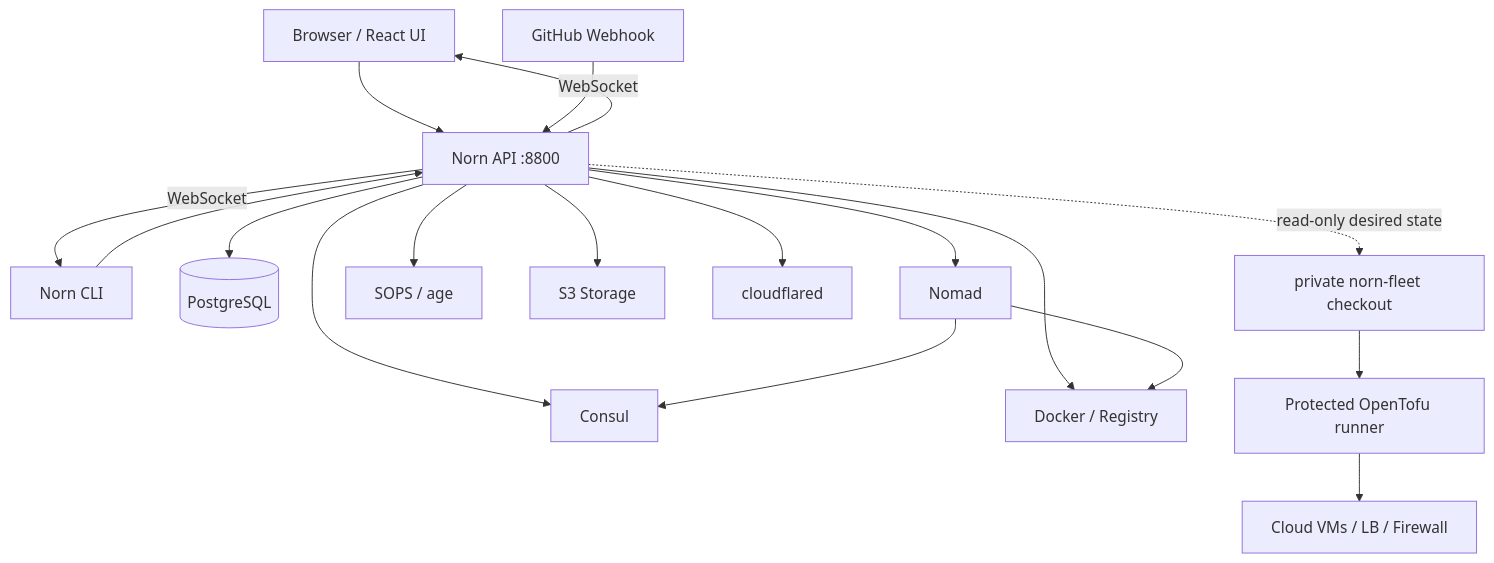
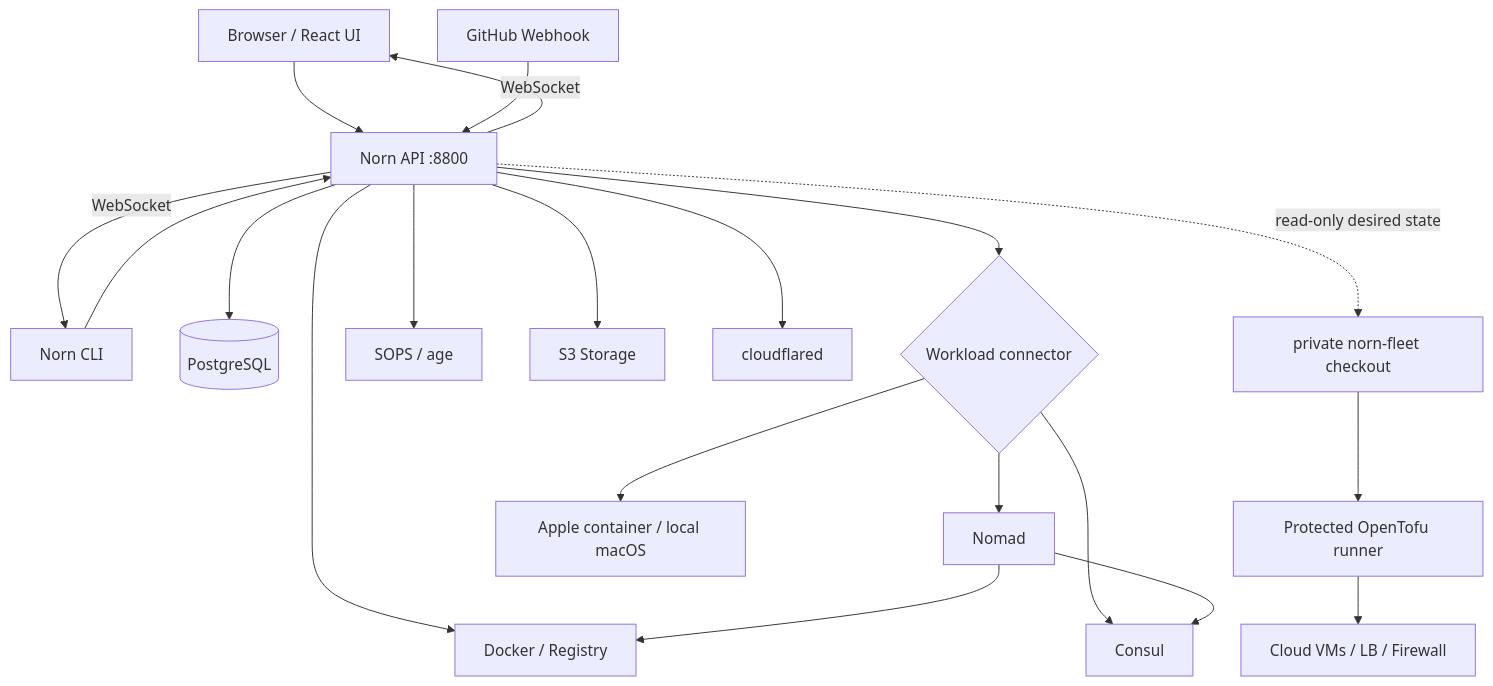
The diagram in docs/v2/architecture/overview.md (antiartificial/norn), drawn with Mermaid before and after one commit. The commit also changed other lines of this file and 230 other files, not shown here.

````diff
--- a/docs/v2/architecture/overview.md
+++ b/docs/v2/architecture/overview.md
@@ -5,23 +5,25 @@
 ```mermaid
 graph TB
     Browser[Browser / React UI] --> API[Norn API :8800]
     CLI[Norn CLI] --> API
     Webhook[GitHub Webhook] --> API
 
     API --> DB[(PostgreSQL)]
-    API --> Nomad[Nomad]
-    API --> Consul[Consul]
+    API --> Connector{Workload connector}
+    Connector --> Nomad[Nomad]
+    Connector --> Consul[Consul]
+    Connector --> Apple[Apple container / local macOS]
     API --> SOPS[SOPS / age]
     API --> S3[S3 Storage]
     API --> Docker[Docker / Registry]
     API --> CF[cloudflared]
     API -. read-only desired state .-> FleetRepo[private norn-fleet checkout]
     FleetRepo --> Runner[Protected OpenTofu runner]
     Runner --> Cloud[Cloud VMs / LB / Firewall]
 
     API -- WebSocket --> Browser
     API -- WebSocket --> CLI
 
     Nomad --> Docker
     Nomad --> Consul
 ```
````
